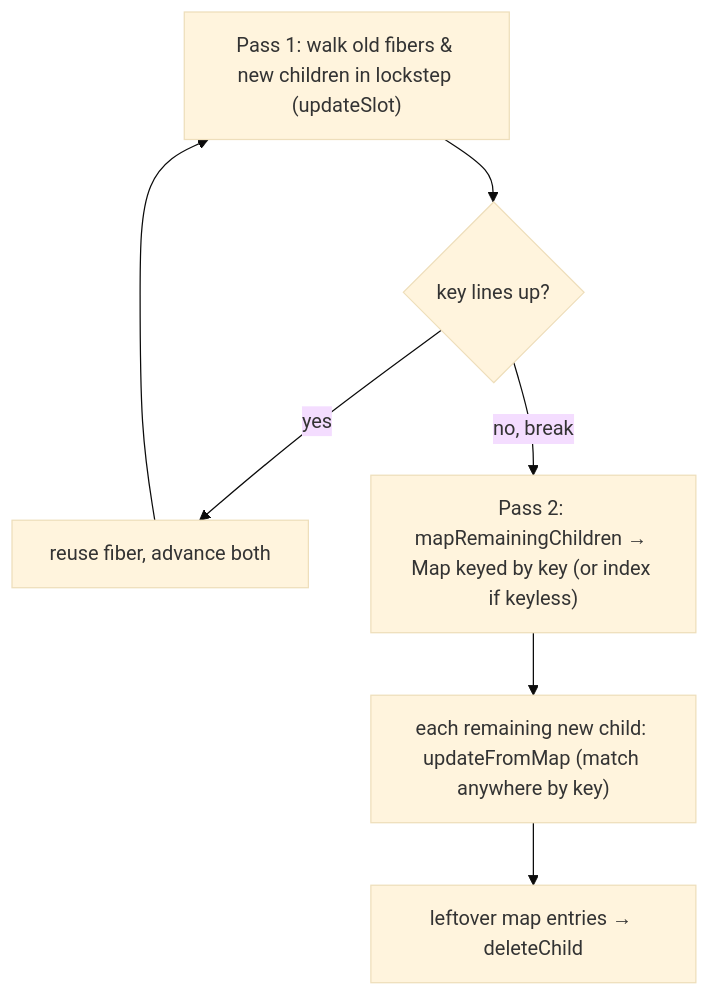
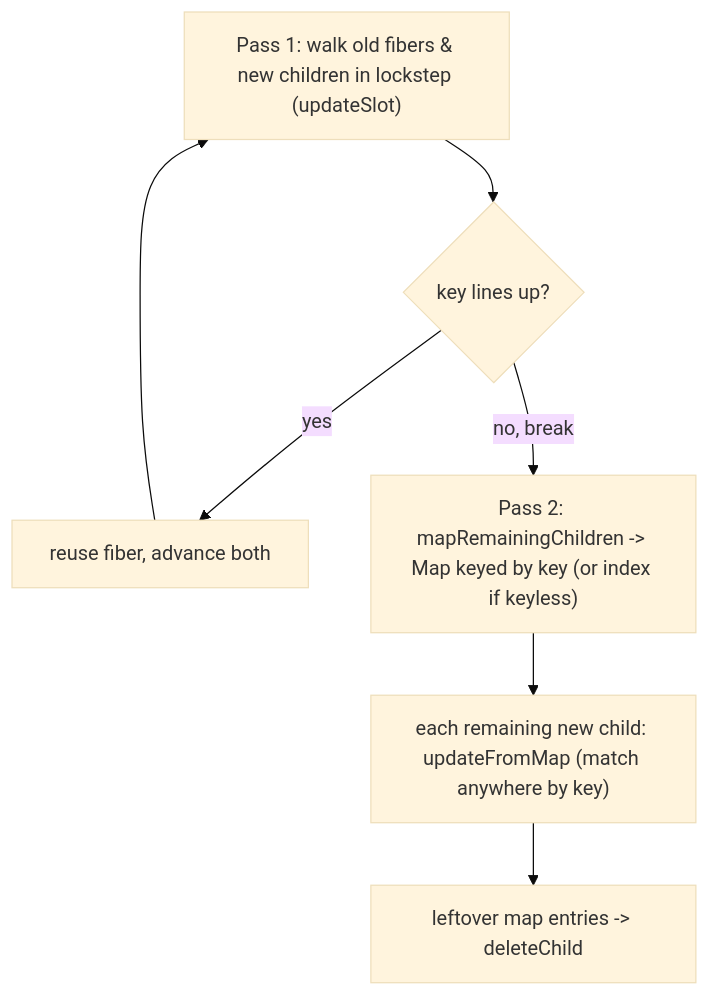
The third of 3 diagrams in packages/content/content/06-reconciliation.mdx (ashishxcode/frontend-internals), drawn with Mermaid (base theme) before and after one commit. The commit also changed other lines of this file and 29 other files, not shown here.

Commit message:
rewrite: roadmap engineer-to-engineer + all 34 chapters new spec

````diff
--- a/packages/content/content/06-reconciliation.mdx
+++ b/packages/content/content/06-reconciliation.mdx
@@ -234,8 +111,8 @@
 ```mermaid
 flowchart TD
   p1["Pass 1: walk old fibers & new children in lockstep (updateSlot)"] --> brk{key lines up?}
   brk -->|yes| reuse[reuse fiber, advance both] --> p1
-  brk -->|no, break| p2["Pass 2: mapRemainingChildren → Map keyed by key (or index if keyless)"]
+  brk -->|no, break| p2["Pass 2: mapRemainingChildren -> Map keyed by key (or index if keyless)"]
   p2 --> match["each remaining new child: updateFromMap (match anywhere by key)"]
-  match --> del["leftover map entries → deleteChild"]
+  match --> del["leftover map entries -> deleteChild"]
 ```
````
